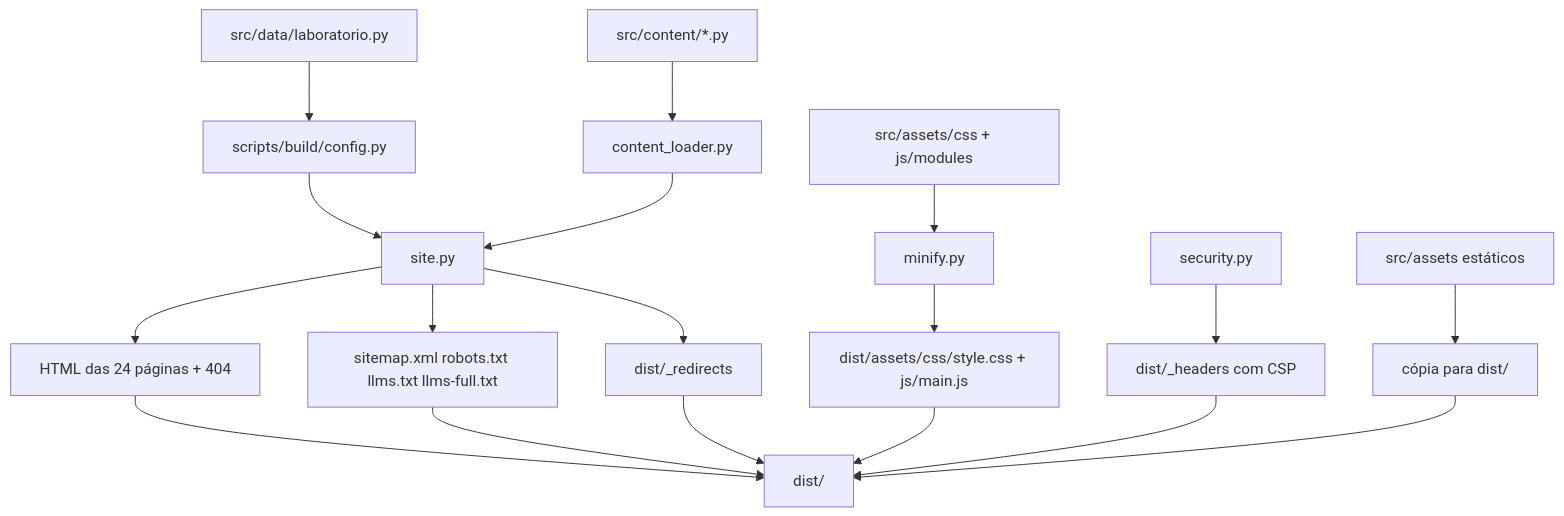
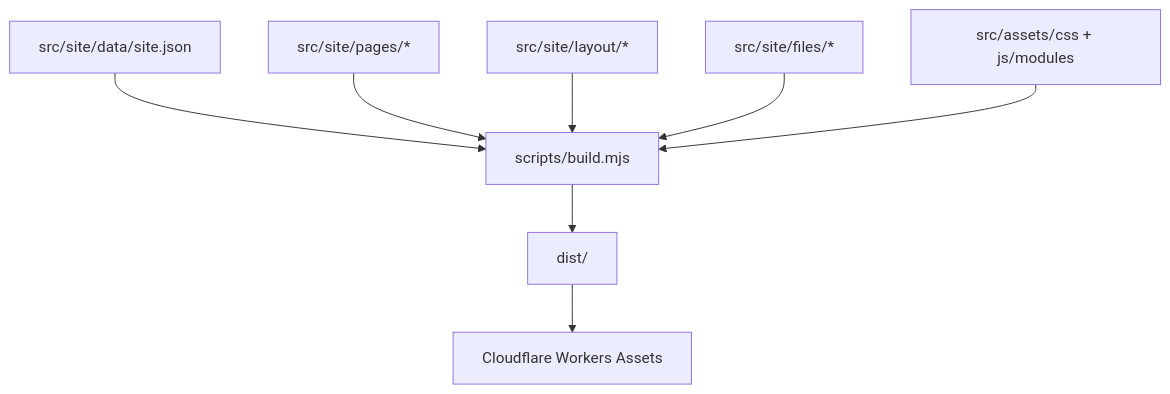
The diagram in docs/ARQUITETURA.md (wandersongandra/Laboratorio-Araujo), drawn with Mermaid before and after one commit. The commit also changed other lines of this file and 118 other files, not shown here.

Commit message:
Migra site estatico para Node e remove Python

````diff
--- a/docs/ARQUITETURA.md
+++ b/docs/ARQUITETURA.md
@@ -76,20 +58,10 @@
 ```mermaid
 flowchart TD
-  A[src/data/laboratorio.py] --> C[scripts/build/config.py]
-  B[src/content/*.py] --> D[content_loader.py]
-  C --> E[site.py]
-  D --> E
-  F[src/assets/css + js/modules] --> G[minify.py]
-  G --> H[dist/assets/css/style.css + js/main.js]
-  E --> I[HTML das 24 páginas + 404]
-  E --> J[sitemap.xml robots.txt llms.txt llms-full.txt]
-  K[security.py] --> L[dist/_headers com CSP]
-  E --> M[dist/_redirects]
-  N[src/assets estáticos] --> O[cópia para dist/]
-  H --> P[dist/]
-  I --> P
-  J --> P
-  L --> P
-  M --> P
-  O --> P
+  A[src/site/data/site.json] --> B[scripts/build.mjs]
+  C[src/site/pages/*] --> B
+  D[src/site/layout/*] --> B
+  E[src/site/files/*] --> B
+  F[src/assets/css + js/modules] --> B
+  B --> G[dist/]
+  G --> H[Cloudflare Workers Assets]
 ```
````
